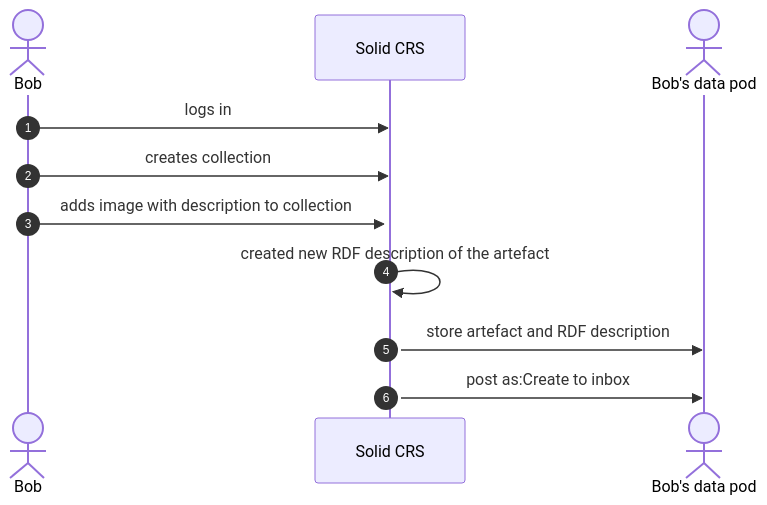
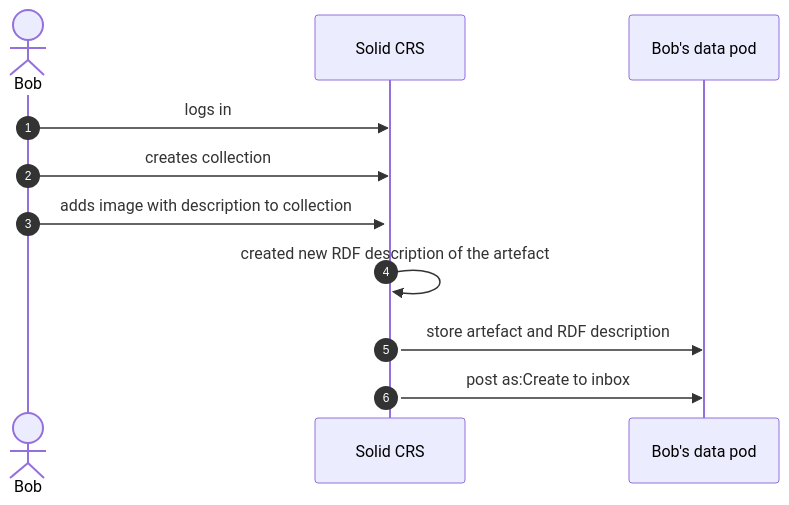
The diagram in diagrams/heritage/bob-creates-heritage-artefact.md (CRISalid-esr/spec-usecases), drawn with Mermaid before and after one commit.

Commit message:
Update image

````diff
--- a/diagrams/heritage/bob-creates-heritage-artefact.md
+++ b/diagrams/heritage/bob-creates-heritage-artefact.md
@@ -1,15 +1,15 @@
 ```mermaid
 sequenceDiagram
         actor Bob
         participant CRS as Solid CRS
-        actor BP as Bob's data pod
+        participant BP as Bob's data pod
 
         autonumber
         Bob ->> CRS: logs in
         Bob ->> CRS: creates collection
         Bob ->>+ CRS: adds image with description to collection
         CRS ->> CRS: created new RDF description of the artefact
 
         CRS ->> BP: store artefact and RDF description
         CRS ->> BP: post as:Create to inbox
 ```
````
